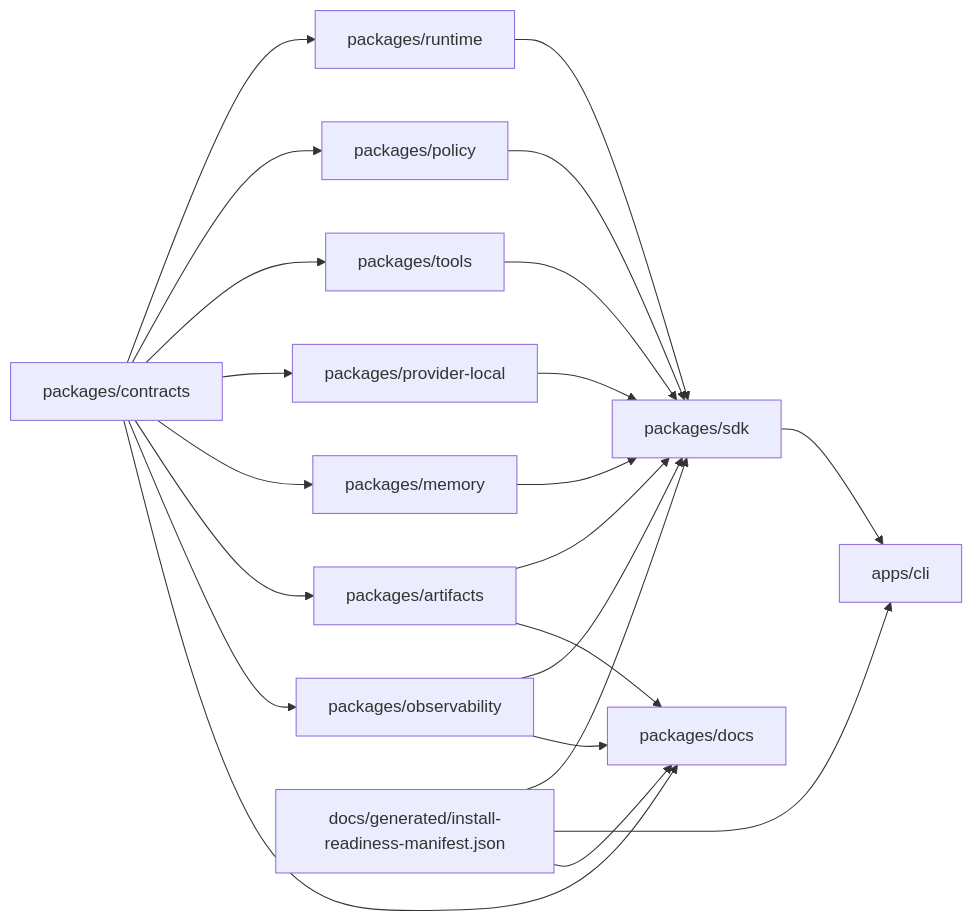
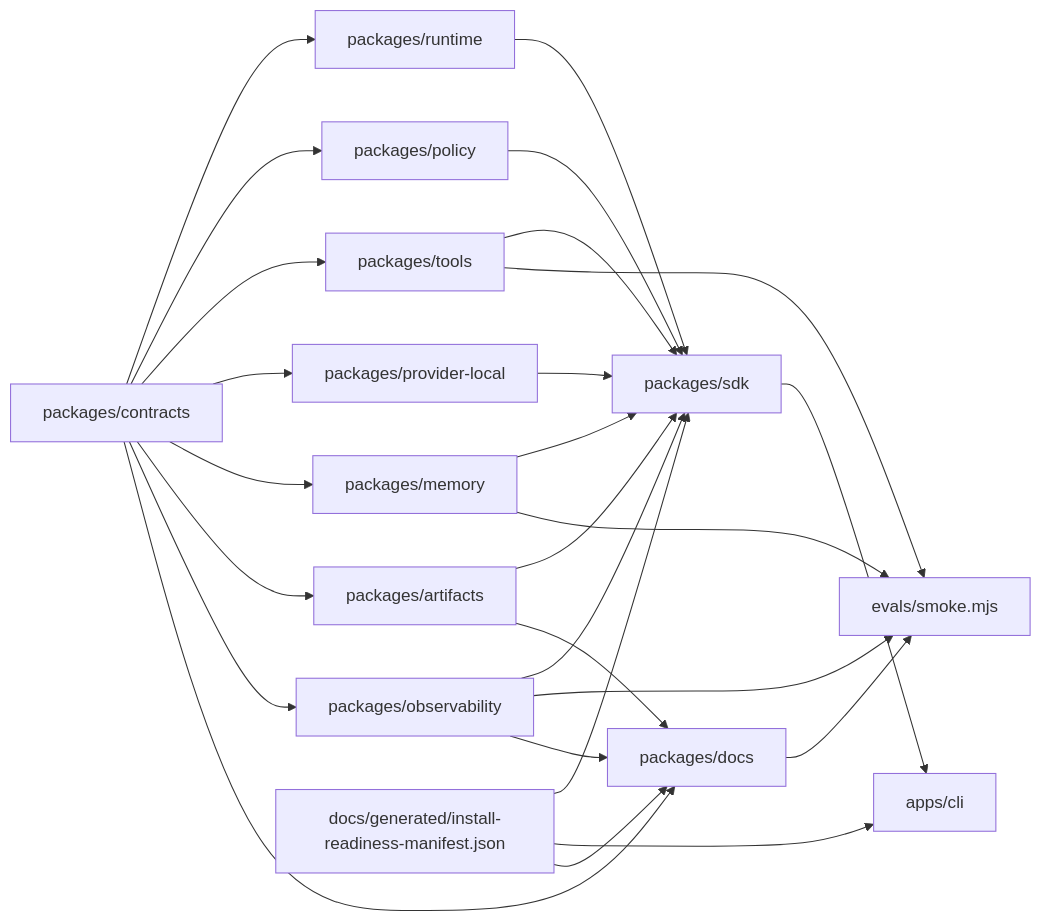
Before and after one commit to JamiStudio/jami-harness: the diagram in apps/docs/system-map.mdx, drawn with Mermaid. The commit also changed other lines of this file and 36 other files, not shown here.

First line of the commit message:
feat(observability): add local metrics and smoke evals

````diff
--- a/apps/docs/system-map.mdx
+++ b/apps/docs/system-map.mdx
@@ -15,36 +15,41 @@
 ```mermaid
 flowchart LR
   contracts[packages/contracts]
   runtime[packages/runtime]
   policy[packages/policy]
   tools[packages/tools]
   provider[packages/provider-local]
   memory[packages/memory]
   artifacts[packages/artifacts]
   observability[packages/observability]
+  evals[evals/smoke.mjs]
   sdk[packages/sdk]
   cli[apps/cli]
   docs[packages/docs]
   contracts --> runtime
   contracts --> policy
   contracts --> tools
   contracts --> provider
   contracts --> memory
   contracts --> artifacts
   contracts --> observability
   runtime --> sdk
   policy --> sdk
   tools --> sdk
   provider --> sdk
   memory --> sdk
   artifacts --> sdk
   observability --> sdk
+  observability --> evals
+  tools --> evals
+  memory --> evals
+  docs --> evals
   sdk --> cli
   install[docs/generated/install-readiness-manifest.json]
   install --> sdk
   install --> cli
   install --> docs
   contracts --> docs
   artifacts --> docs
   observability --> docs
 ```
````
